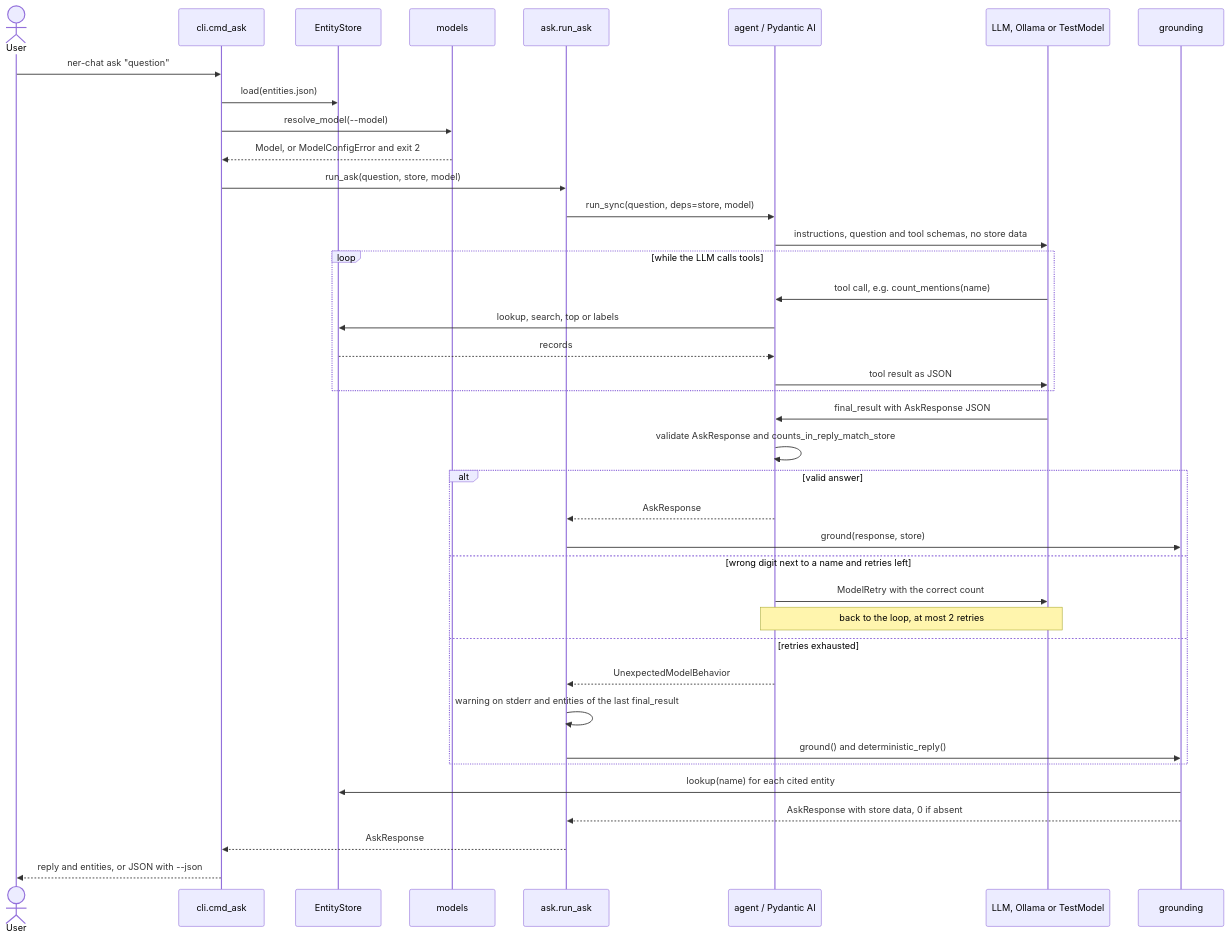
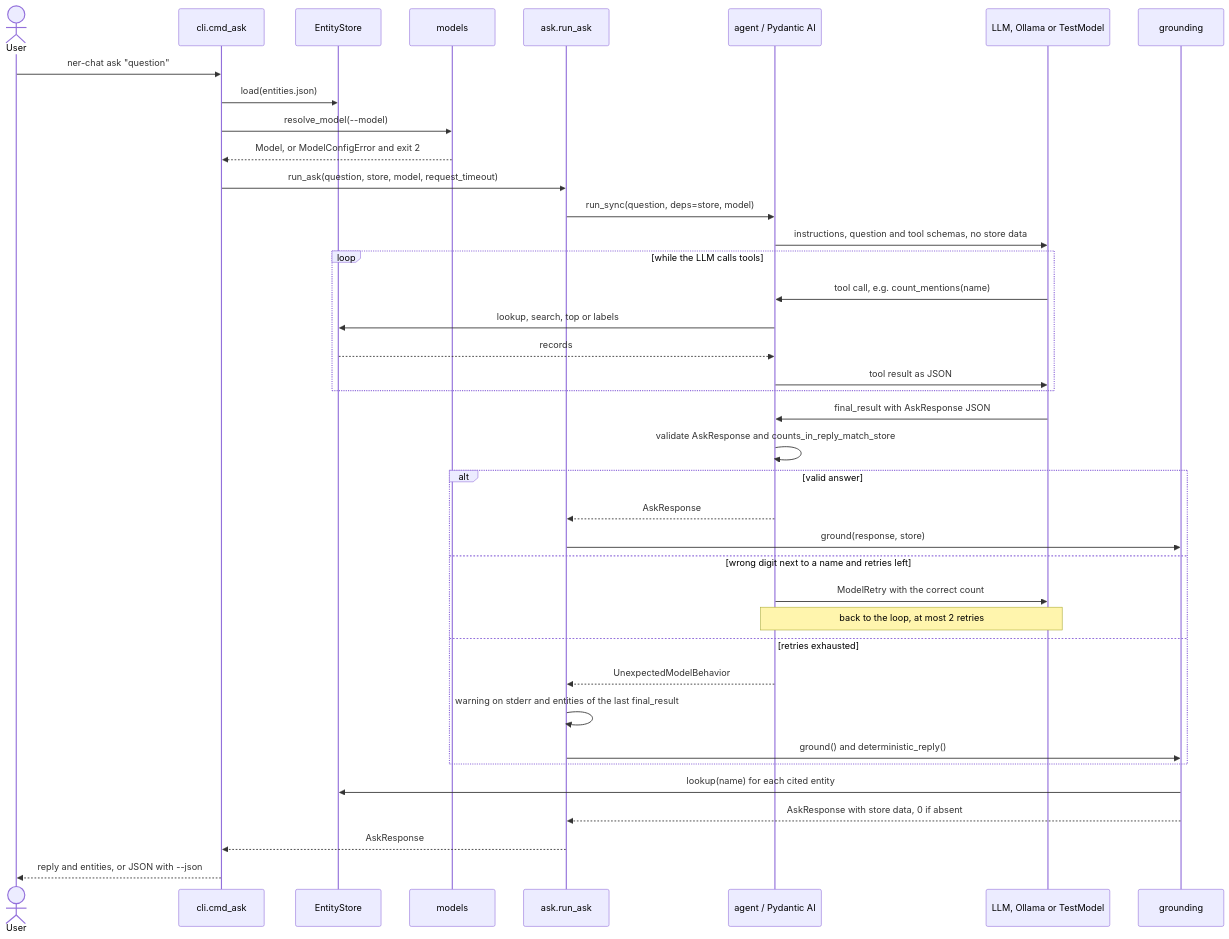
One commit to Feittoooo/ner-chat-blob-boxes changed the fourth of 4 diagrams in docs/architecture.md. Above: the diagram before and after it, drawn with Mermaid. The commit also changed other lines of this file and 5 other files, not shown here.

First line of the commit message:
ask: progress message, request timeout, and fix validator false positive

````diff
--- a/docs/architecture.md
+++ b/docs/architecture.md
@@ -251,41 +251,41 @@
 ```mermaid
 sequenceDiagram
   actor U as User
   participant CLI as cli.cmd_ask
   participant ST as EntityStore
   participant M as models
   participant A as ask.run_ask
   participant AG as agent / Pydantic AI
   participant LLM as LLM, Ollama or TestModel
   participant G as grounding
   U->>CLI: ner-chat ask "question"
   CLI->>ST: load(entities.json)
   CLI->>M: resolve_model(--model)
   M-->>CLI: Model, or ModelConfigError and exit 2
-  CLI->>A: run_ask(question, store, model)
+  CLI->>A: run_ask(question, store, model, request_timeout)
   A->>AG: run_sync(question, deps=store, model)
   AG->>LLM: instructions, question and tool schemas, no store data
   loop while the LLM calls tools
     LLM->>AG: tool call, e.g. count_mentions(name)
     AG->>ST: lookup, search, top or labels
     ST-->>AG: records
     AG->>LLM: tool result as JSON
   end
   LLM->>AG: final_result with AskResponse JSON
   AG->>AG: validate AskResponse and counts_in_reply_match_store
   alt valid answer
     AG-->>A: AskResponse
     A->>G: ground(response, store)
   else wrong digit next to a name and retries left
     AG->>LLM: ModelRetry with the correct count
     Note over AG,LLM: back to the loop, at most 2 retries
   else retries exhausted
     AG-->>A: UnexpectedModelBehavior
     A->>A: warning on stderr and entities of the last final_result
     A->>G: ground() and deterministic_reply()
   end
   G->>ST: lookup(name) for each cited entity
   G-->>A: AskResponse with store data, 0 if absent
   A-->>CLI: AskResponse
   CLI-->>U: reply and entities, or JSON with --json
 ```
````
